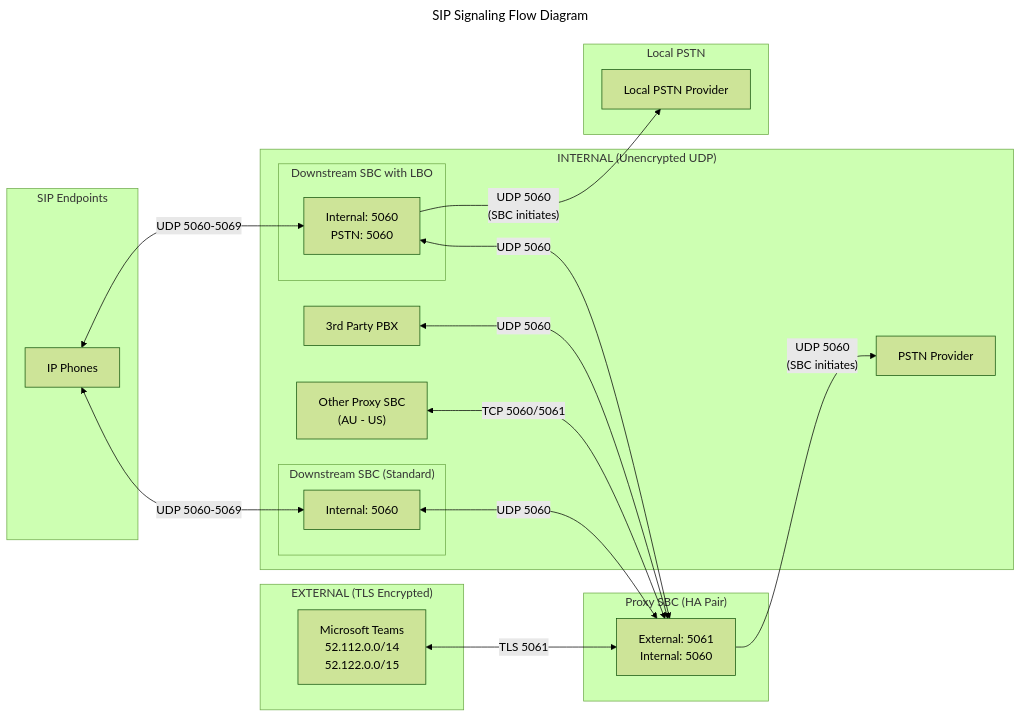
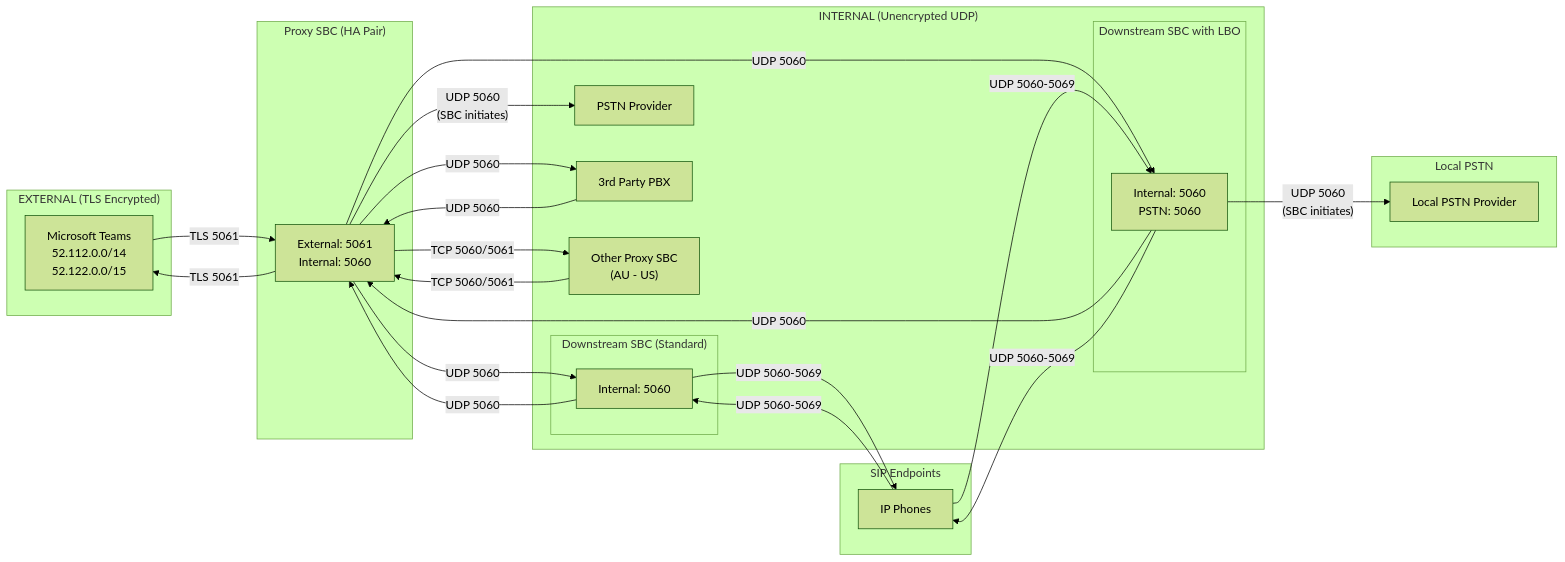
Before and after one commit to kevinsing999/public: diagram 13 of 26 in AudioCodes-AWS-Deployment-Guide.md, drawn with Mermaid (forest theme). The commit also changed other lines of this file and 4 other files, not shown here.

First line of the commit message:
Fix GitHub mermaid rendering: replace unsupported syntax across 20 diagrams

````diff
--- a/AudioCodes-AWS-Deployment-Guide.md
+++ b/AudioCodes-AWS-Deployment-Guide.md
@@ -3344,54 +3352,58 @@
 ```mermaid
----
-title: SIP Signaling Flow Diagram
----
 flowchart LR
     subgraph external["EXTERNAL (TLS Encrypted)"]
         Teams["Microsoft Teams<br/>52.112.0.0/14<br/>52.122.0.0/15"]
     end
 
     subgraph proxy["Proxy SBC (HA Pair)"]
         ProxySBC["External: 5061<br/>Internal: 5060"]
     end
 
     subgraph internal["INTERNAL (Unencrypted UDP)"]
         PSTN["PSTN Provider"]
         PBX["3rd Party PBX"]
         OtherProxy["Other Proxy SBC<br/>(AU - US)"]
 
         subgraph downstream["Downstream SBC (Standard)"]
             DownstreamSBC["Internal: 5060"]
         end
 
         subgraph downstreamLBO["Downstream SBC with LBO"]
             DownstreamLBO["Internal: 5060<br/>PSTN: 5060"]
         end
     end
 
     subgraph endpoints["SIP Endpoints"]
         IPPhones["IP Phones"]
     end
 
     subgraph localPSTN["Local PSTN"]
         LocalProvider["Local PSTN Provider"]
     end
 
     %% External TLS - Bidirectional
-    Teams <-->|"TLS 5061"| ProxySBC
+    Teams -->|"TLS 5061"| ProxySBC
+    ProxySBC -->|"TLS 5061"| Teams
 
     %% Internal UDP - Bidirectional
-    DownstreamSBC <-->|"UDP 5060"| ProxySBC
-    PBX <-->|"UDP 5060"| ProxySBC
-    OtherProxy <-->|"TCP 5060/5061"| ProxySBC
-    DownstreamLBO <-->|"UDP 5060"| ProxySBC
+    DownstreamSBC -->|"UDP 5060"| ProxySBC
+    ProxySBC -->|"UDP 5060"| DownstreamSBC
+    PBX -->|"UDP 5060"| ProxySBC
+    ProxySBC -->|"UDP 5060"| PBX
+    OtherProxy -->|"TCP 5060/5061"| ProxySBC
+    ProxySBC -->|"TCP 5060/5061"| OtherProxy
+    DownstreamLBO -->|"UDP 5060"| ProxySBC
+    ProxySBC -->|"UDP 5060"| DownstreamLBO
 
     %% Internal UDP - Unidirectional (SBC initiates)
     ProxySBC -->|"UDP 5060<br/>(SBC initiates)"| PSTN
 
     %% Downstream endpoints
-    IPPhones <-->|"UDP 5060-5069"| DownstreamSBC
-    IPPhones <-->|"UDP 5060-5069"| DownstreamLBO
+    IPPhones -->|"UDP 5060-5069"| DownstreamSBC
+    DownstreamSBC -->|"UDP 5060-5069"| IPPhones
+    IPPhones -->|"UDP 5060-5069"| DownstreamLBO
+    DownstreamLBO -->|"UDP 5060-5069"| IPPhones
 
     %% LBO to local PSTN
     DownstreamLBO -->|"UDP 5060<br/>(SBC initiates)"| LocalProvider
 ```
````
